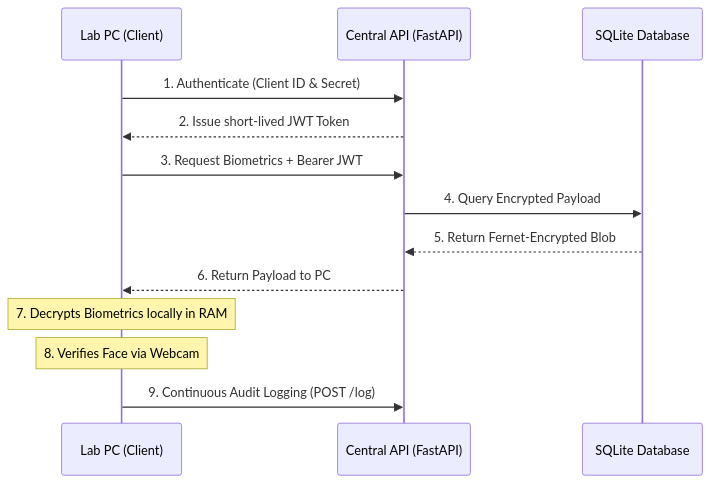
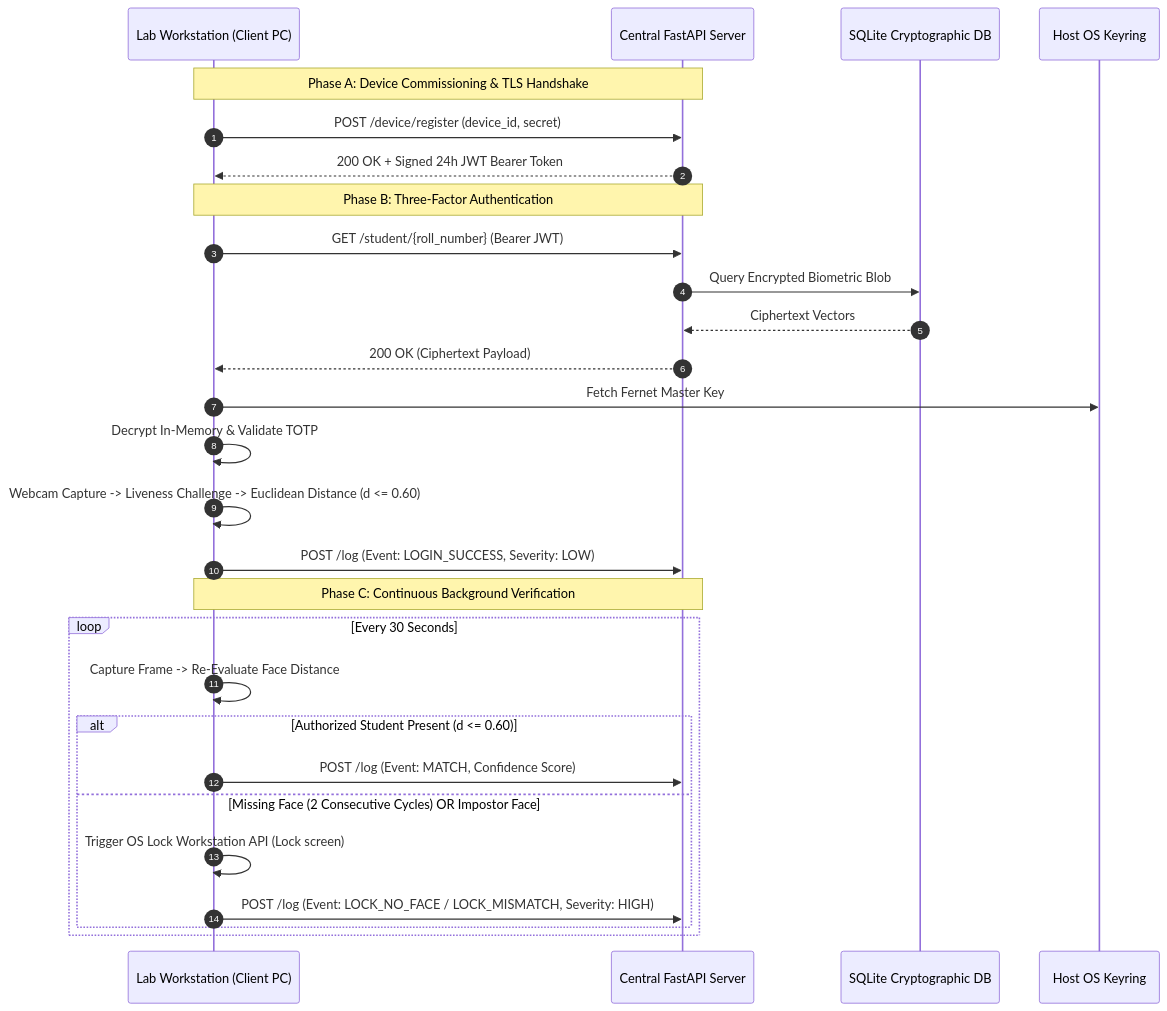
The diagram in README.md (Dipakshinde121/-Face-Verified-Access-Lock-System), drawn with Mermaid before and after one commit. The commit also changed other lines of this file and 7 other files, not shown here.

````diff
--- a/README.md
+++ b/README.md
@@ -51,16 +60,33 @@
 ```mermaid
 sequenceDiagram
-    participant PC as Lab PC (Client)
-    participant API as Central API (FastAPI)
-    participant DB as SQLite Database
-    
-    PC->>API: 1. Authenticate (Client ID & Secret)
-    API-->>PC: 2. Issue short-lived JWT Token
-    PC->>API: 3. Request Biometrics + Bearer JWT
-    API->>DB: 4. Query Encrypted Payload
-    DB-->>API: 5. Return Fernet-Encrypted Blob
-    API-->>PC: 6. Return Payload to PC
-    Note over PC: 7. Decrypts Biometrics locally in RAM
-    Note over PC: 8. Verifies Face via Webcam
-    PC->>API: 9. Continuous Audit Logging (POST /log)
+    autonumber
+    participant Client as Lab Workstation (Client PC)
+    participant Server as Central FastAPI Server
+    participant DB as SQLite Cryptographic DB
+    participant Keyring as Host OS Keyring
+
+    Note over Client,Server: Phase A: Device Commissioning & TLS Handshake
+    Client->>Server: POST /device/register (device_id, secret)
+    Server-->>Client: 200 OK + Signed 24h JWT Bearer Token
+
+    Note over Client,Server: Phase B: Three-Factor Authentication
+    Client->>Server: GET /student/{roll_number} (Bearer JWT)
+    Server->>DB: Query Encrypted Biometric Blob
+    DB-->>Server: Ciphertext Vectors
+    Server-->>Client: 200 OK (Ciphertext Payload)
+    Client->>Keyring: Fetch Fernet Master Key
+    Client->>Client: Decrypt In-Memory & Validate TOTP
+    Client->>Client: Webcam Capture -> Liveness Challenge -> Euclidean Distance (d <= 0.60)
+    Client->>Server: POST /log (Event: LOGIN_SUCCESS, Severity: LOW)
+
+    Note over Client,Server: Phase C: Continuous Background Verification
+    loop Every 30 Seconds
+        Client->>Client: Capture Frame -> Re-Evaluate Face Distance
+        alt Authorized Student Present (d <= 0.60)
+            Client->>Server: POST /log (Event: MATCH, Confidence Score)
+        else Missing Face (2 Consecutive Cycles) OR Impostor Face
+            Client->>Client: Trigger OS Lock Workstation API (Lock screen)
+            Client->>Server: POST /log (Event: LOCK_NO_FACE / LOCK_MISMATCH, Severity: HIGH)
+        end
+    end
 ```
````
